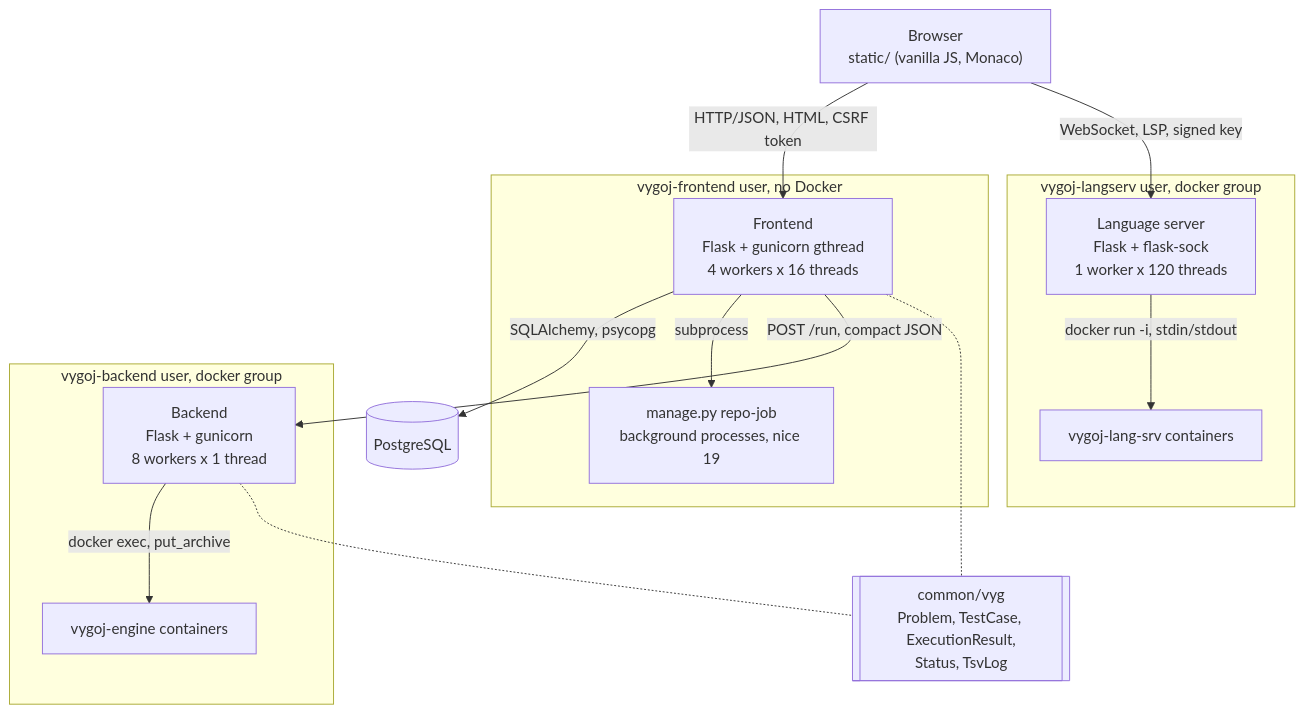
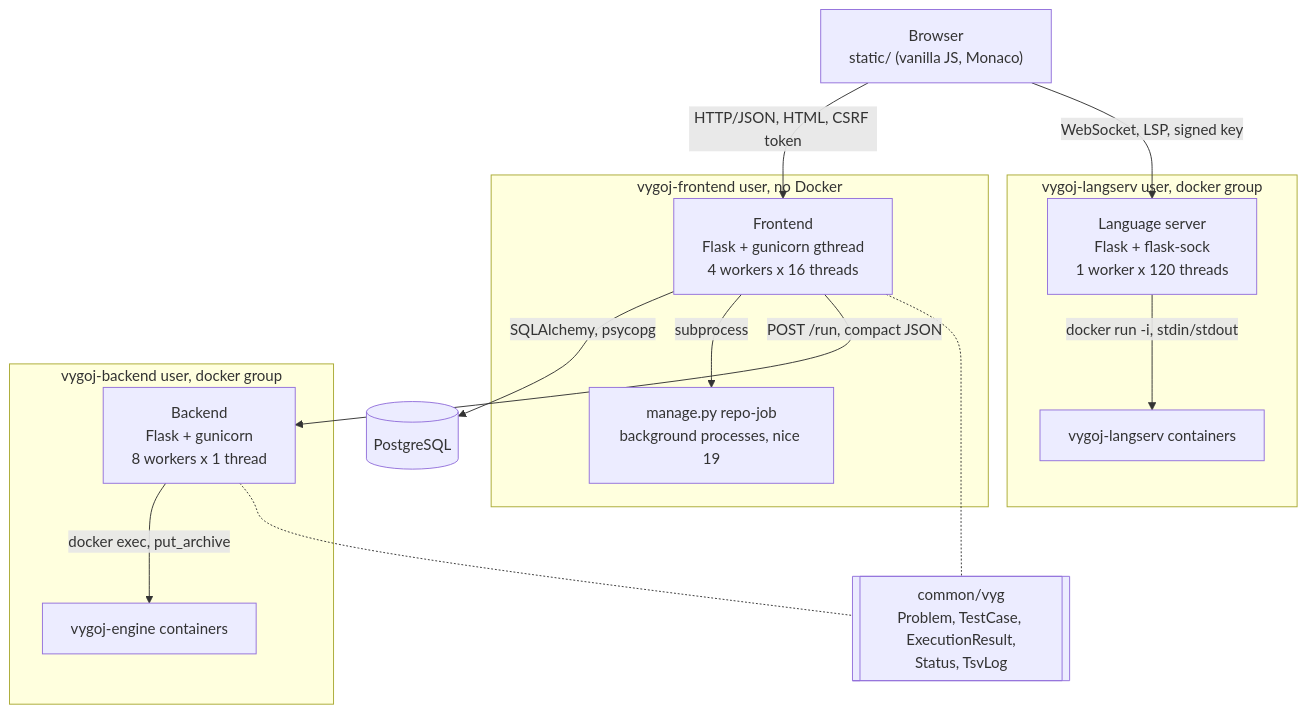
The diagram in design/processes.mmd (citic/vygoj), drawn with Mermaid before and after one commit. The commit also changed 13 other files, not shown here.

First line of the commit message:
Rename lang-srv to langserv for uniformity

```diff
--- a/design/processes.mmd
+++ b/design/processes.mmd
@@ -1,28 +1,28 @@
 %% Processes of VygOJ and the protocol of each connection. The shared vyg package (common/vyg/)
 %% defines the objects that travel as JSON between the frontend and the backend
 flowchart TB
     browser["Browser<br>static/ (vanilla JS, Monaco)"]
     subgraph frontend_host["vygoj-frontend user, no Docker"]
         frontend["Frontend<br>Flask + gunicorn gthread<br>4 workers x 16 threads"]
         jobs["manage.py repo-job<br>background processes, nice 19"]
     end
     subgraph langserv_host["vygoj-langserv user, docker group"]
         langserv["Language server<br>Flask + flask-sock<br>1 worker x 120 threads"]
-        lsp["vygoj-lang-srv containers"]
+        lsp["vygoj-langserv containers"]
     end
     subgraph backend_host["vygoj-backend user, docker group"]
         backend["Backend<br>Flask + gunicorn<br>8 workers x 1 thread"]
         engine["vygoj-engine containers"]
     end
     database[("PostgreSQL")]
     vyg[["common/vyg<br>Problem, TestCase, ExecutionResult,<br>Status, TsvLog"]]
 
     browser -- "HTTP/JSON, HTML, CSRF token" --> frontend
     browser -- "WebSocket, LSP, signed key" --> langserv
     frontend -- "SQLAlchemy, psycopg" --> database
     frontend -- "subprocess" --> jobs
     frontend -- "POST /run, compact JSON" --> backend
     langserv -- "docker run -i, stdin/stdout" --> lsp
     backend -- "docker exec, put_archive" --> engine
     frontend -.- vyg
     backend -.- vyg
```
